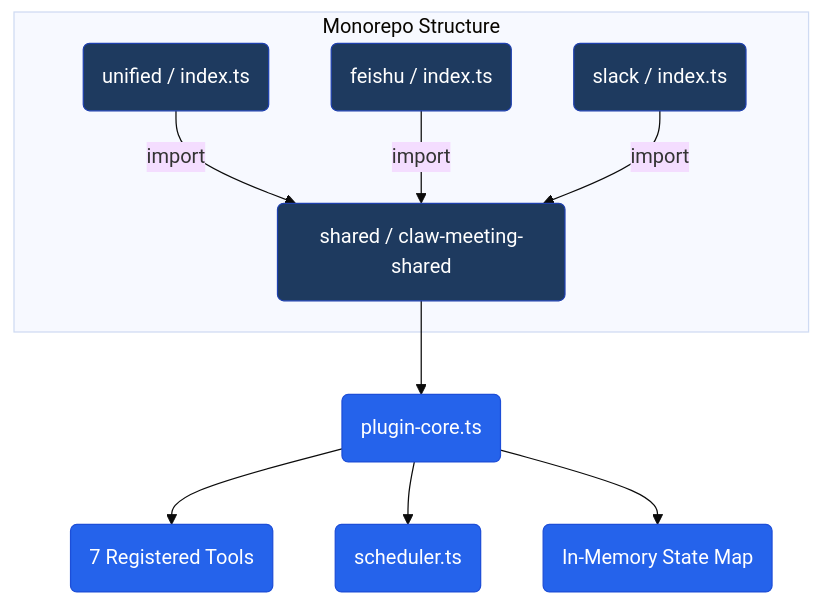
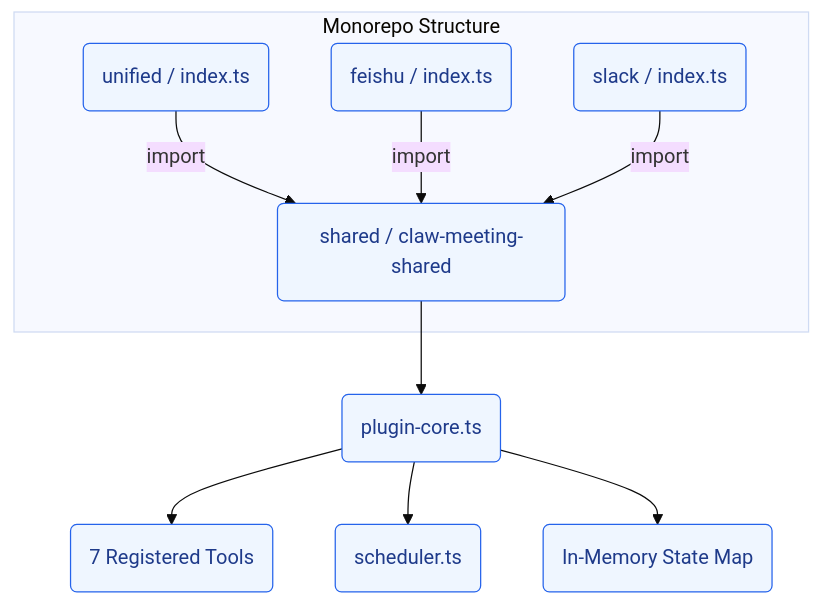
One commit to javana3/claw_meeting_all changed the first of 13 diagrams in README.md. Above: the diagram before and after it, drawn with Mermaid (base theme). The commit also changed other lines of this file, not shown here.

````diff
--- a/README.md
+++ b/README.md
@@ -31,27 +31,27 @@
 ```mermaid
 graph TD
     subgraph "Monorepo Structure"
         SHARED(shared / claw-meeting-shared)
         UNI(unified / index.ts)
         FEI(feishu / index.ts)
         SLK(slack / index.ts)
     end
 
     UNI -->|import| SHARED
     FEI -->|import| SHARED
     SLK -->|import| SHARED
 
     SHARED --> CORE(plugin-core.ts)
     CORE --> TOOLS(7 Registered Tools)
     CORE --> SCHED(scheduler.ts)
     CORE --> STATE(In-Memory State Map)
 
-    style SHARED fill:#1e3a5f,stroke:#1e40af,color:#fff
-    style UNI fill:#1e3a5f,stroke:#1e40af,color:#fff
-    style FEI fill:#1e3a5f,stroke:#1e40af,color:#fff
-    style SLK fill:#1e3a5f,stroke:#1e40af,color:#fff
-    style CORE fill:#2563eb,stroke:#1d4ed8,color:#fff
-    style STATE fill:#2563eb,stroke:#1d4ed8,color:#fff
-    style TOOLS fill:#2563eb,stroke:#1d4ed8,color:#fff
-    style SCHED fill:#2563eb,stroke:#1d4ed8,color:#fff
+    style SHARED fill:#eff6ff,stroke:#2563eb,color:#1e3a8a
+    style UNI fill:#eff6ff,stroke:#2563eb,color:#1e3a8a
+    style FEI fill:#eff6ff,stroke:#2563eb,color:#1e3a8a
+    style SLK fill:#eff6ff,stroke:#2563eb,color:#1e3a8a
+    style CORE fill:#eff6ff,stroke:#2563eb,color:#1e3a8a
+    style STATE fill:#eff6ff,stroke:#2563eb,color:#1e3a8a
+    style TOOLS fill:#eff6ff,stroke:#2563eb,color:#1e3a8a
+    style SCHED fill:#eff6ff,stroke:#2563eb,color:#1e3a8a
 ```
````
